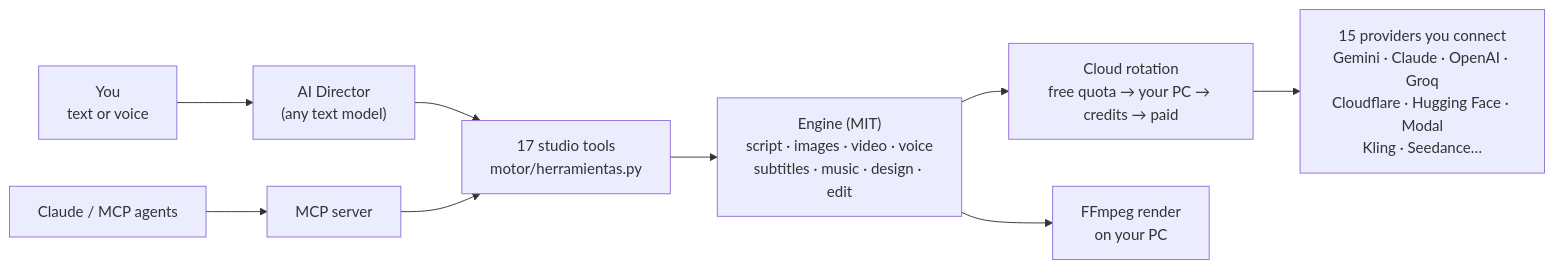
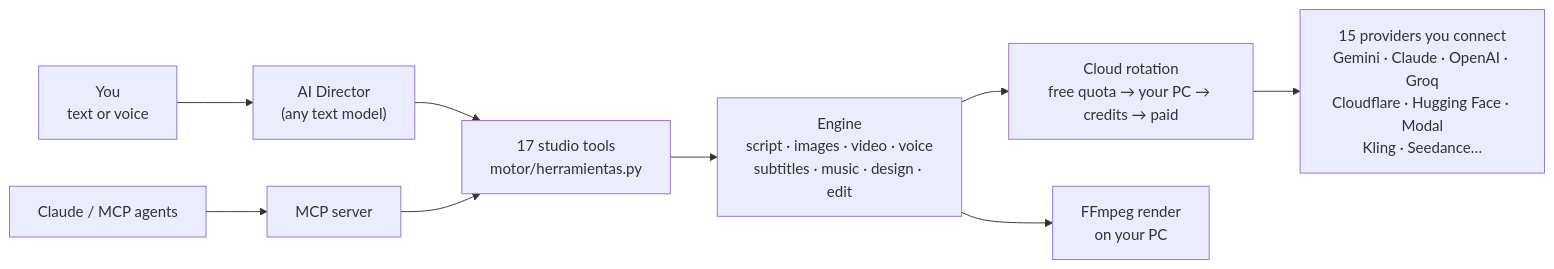
Before and after one commit to santo29/rafaga-studio: the diagram in README.md, drawn with Mermaid. The commit also changed other lines of this file and 11 other files, not shown here.

````diff
--- a/README.md
+++ b/README.md
@@ -309,11 +309,11 @@
 ```mermaid
 flowchart LR
     U["You<br/>text or voice"] --> D["AI Director<br/>(any text model)"]
     C["Claude / MCP agents"] --> M["MCP server"]
     D --> T["17 studio tools<br/>motor/herramientas.py"]
     M --> T
-    T --> E["Engine (MIT)<br/>script · images · video · voice<br/>subtitles · music · design · edit"]
+    T --> E["Engine<br/>script · images · video · voice<br/>subtitles · music · design · edit"]
     E --> R["Cloud rotation<br/>free quota → your PC → credits → paid"]
     R --> P["15 providers you connect<br/>Gemini · Claude · OpenAI · Groq<br/>Cloudflare · Hugging Face · Modal<br/>Kling · Seedance…"]
     E --> F["FFmpeg render<br/>on your PC"]
 ```
````
